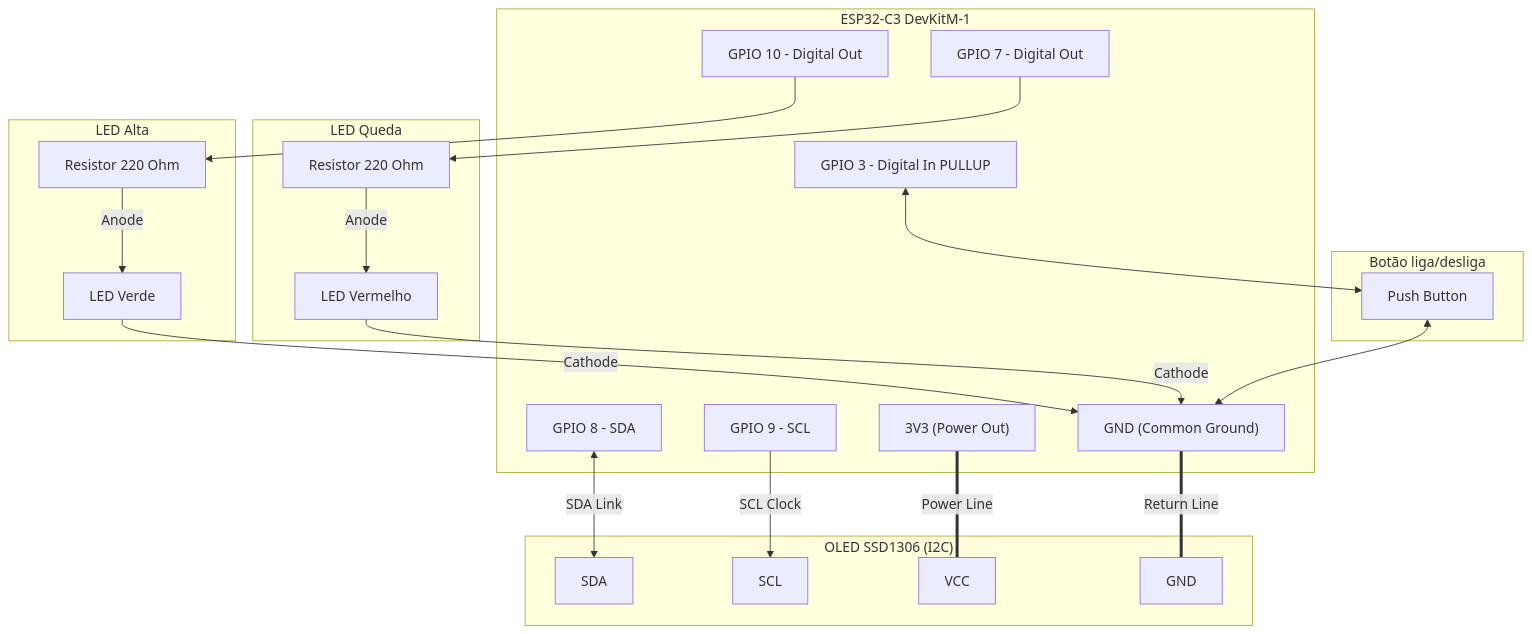
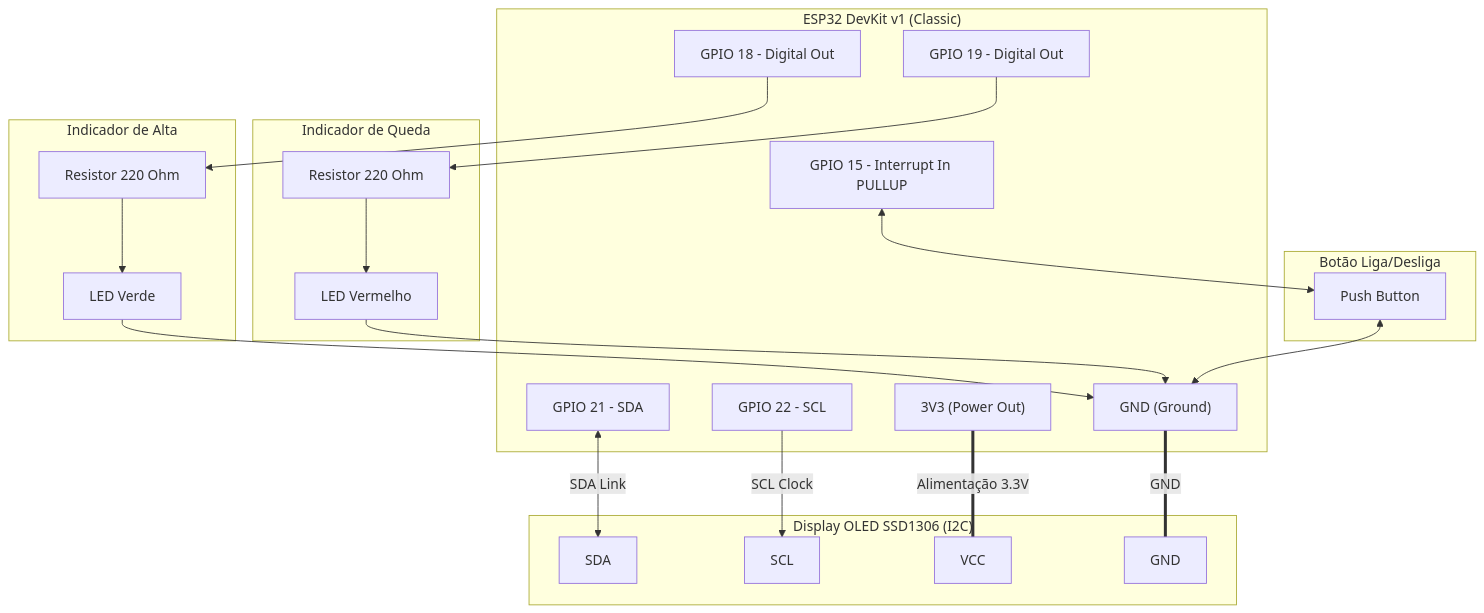
The first of 3 diagrams in README.md (victor-meireles/bitcoin-price-tracker), drawn with Mermaid before and after one commit. The commit also changed other lines of this file, not shown here.

Commit message:
docs: update README with hardware pinouts, architecture diagrams, and technical concepts

````diff
--- a/README.md
+++ b/README.md
@@ -34,53 +66,52 @@
 ```mermaid
 graph TD
-    subgraph ESP32-C3 ["ESP32-C3 DevKitM-1"]
-        G1[GPIO 8 - SDA]
-        G2[GPIO 9 - SCL]
-        G3[GPIO 10 - Digital Out]
-        G4[GPIO 7 - Digital Out]
-        G5[GPIO 3 - Digital In PULLUP]
-        VCC3["3V3 (Power Out)"]
-        GND["GND (Common Ground)"]
+    subgraph ESP32_Classic ["ESP32 DevKit v1 (Classic)"]
+        G21[GPIO 21 - SDA]
+        G22[GPIO 22 - SCL]
+        G18[GPIO 18 - Digital Out]
+        G19[GPIO 19 - Digital Out]
+        G15[GPIO 15 - Interrupt In PULLUP]
+        V33["3V3 (Power Out)"]
+        GND_ESP["GND (Ground)"]
     end
 
-    subgraph Display ["OLED SSD1306 (I2C)"]
+    subgraph Display_Classic ["Display OLED SSD1306 (I2C)"]
         D_SDA[SDA]
         D_SCL[SCL]
         D_VCC[VCC]
         D_GND[GND]
     end
 
-    subgraph Indicador_Verde ["LED Alta"]
+    subgraph Led_Alta ["Indicador de Alta"]
         LED_G[LED Verde]
         RES_G[Resistor 220 Ohm]
     end
 
-    subgraph Indicador_Vermelho ["LED Queda"]
+    subgraph Led_Queda ["Indicador de Queda"]
         LED_R[LED Vermelho]
         RES_R[Resistor 220 Ohm]
     end
 
-    subgraph Controle ["Botão liga/desliga"]
+    subgraph Botao_Power ["Botão Liga/Desliga"]
         BTN[Push Button]
     end
 
     %% Conexões OLED
-    G1 <--> |SDA Link| D_SDA
-    G2 --> |SCL Clock| D_SCL
-    VCC3 === |Power Line| D_VCC
-    GND === |Return Line| D_GND
+    G21 <--> |SDA Link| D_SDA
+    G22 --> |SCL Clock| D_SCL
+    V33 === |Alimentação 3.3V| D_VCC
+    GND_ESP === |GND| D_GND
 
-    %% Conexões LED Verde
-    G3 --> RES_G
-    RES_G --> |Anode| LED_G
-    LED_G --> |Cathode| GND
+    %% Conexões LEDs
+    G18 --> RES_G
+    RES_G --> LED_G
+    LED_G --> GND_ESP
 
-    %% Conexões LED Vermelho
-    G4 --> RES_R
-    RES_R --> |Anode| LED_R
-    LED_R --> |Cathode| GND
+    G19 --> RES_R
+    RES_R --> LED_R
+    LED_R --> GND_ESP
 
     %% Conexões Botão
-    G5 <--> BTN
-    BTN <--> GND
+    G15 <--> BTN
+    BTN <--> GND_ESP
 ```
````
